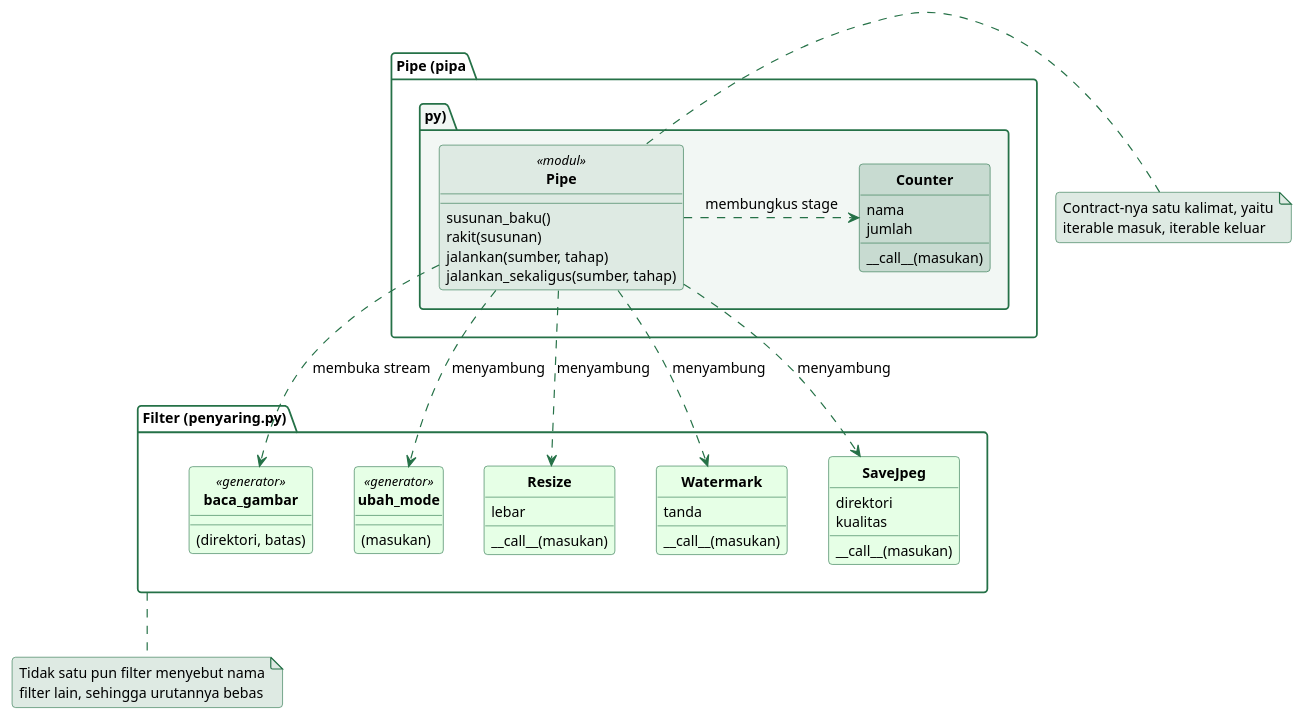
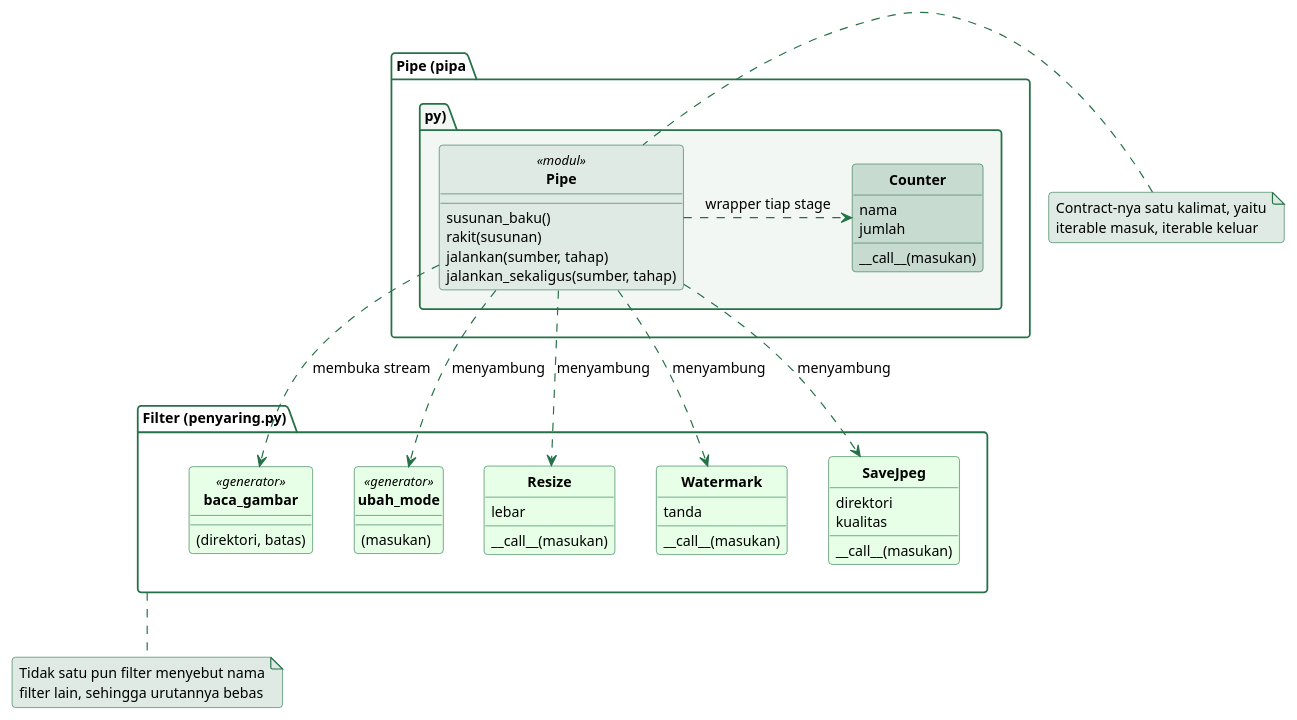
Before and after one commit to alfa-yohannis/software-architecture: the diagram in sources/chapter06/diagram/kelas-pipa.puml, drawn with PlantUML. The commit also changed 6 other files, not shown here.

First line of the commit message:
Call the Counter a wrapper, in English like the other terms

```diff
--- a/sources/chapter06/diagram/kelas-pipa.puml
+++ b/sources/chapter06/diagram/kelas-pipa.puml
@@ -17,85 +17,85 @@
 @startuml
 skinparam backgroundColor transparent
 skinparam defaultFontName Titillium Web
 skinparam defaultFontSize 13
 skinparam shadowing false
 skinparam roundCorner 6
 skinparam classAttributeIconSize 0
 skinparam classFontStyle bold
 skinparam ArrowColor #257147
 skinparam ArrowFontSize 12
 skinparam class {
   BorderColor #257147
   BackgroundColor #EBEBFF
   FontColor black
   AttributeFontSize 12
   StereotypeFontSize 11
 }
 skinparam package {
   BorderColor #257147
   BackgroundColor transparent
   FontColor black
   FontSize 12
 }
 skinparam note {
   BackgroundColor #DEEAE3
   BorderColor #257147
   FontSize 12
 }
 hide circle
 
 package "Pipe (pipa.py)" #F2F7F4 {
   class Pipe <<modul>> #DEEAE3 {
     susunan_baku()
     rakit(susunan)
     jalankan(sumber, tahap)
     jalankan_sekaligus(sumber, tahap)
   }
 
   class Counter #C8DBD1 {
     nama
     jumlah
     __call__(masukan)
   }
 }
 
 package "Filter (penyaring.py)" as PaketFilter {
   class baca_gambar <<generator>> #E6FFE6 {
     (direktori, batas)
   }
   class ubah_mode <<generator>> #E6FFE6 {
     (masukan)
   }
   class Resize #E6FFE6 {
     lebar
     __call__(masukan)
   }
   class Watermark #E6FFE6 {
     tanda
     __call__(masukan)
   }
   class SaveJpeg #E6FFE6 {
     direktori
     kualitas
     __call__(masukan)
   }
 }
 
 Pipe .down.> baca_gambar : membuka stream
 Pipe .down.> ubah_mode : menyambung
 Pipe .down.> Resize : menyambung
 Pipe .down.> Watermark : menyambung
 Pipe .down.> SaveJpeg : menyambung
-Pipe .right.> Counter : membungkus stage
+Pipe .right.> Counter : wrapper tiap stage
 
 note left of Pipe
   Contract-nya satu kalimat, yaitu
   iterable masuk, iterable keluar
 end note
 
 note as CatatanFilter
   Tidak satu pun filter menyebut nama
   filter lain, sehingga urutannya bebas
 end note
 PaketFilter .. CatatanFilter
 @enduml
```
